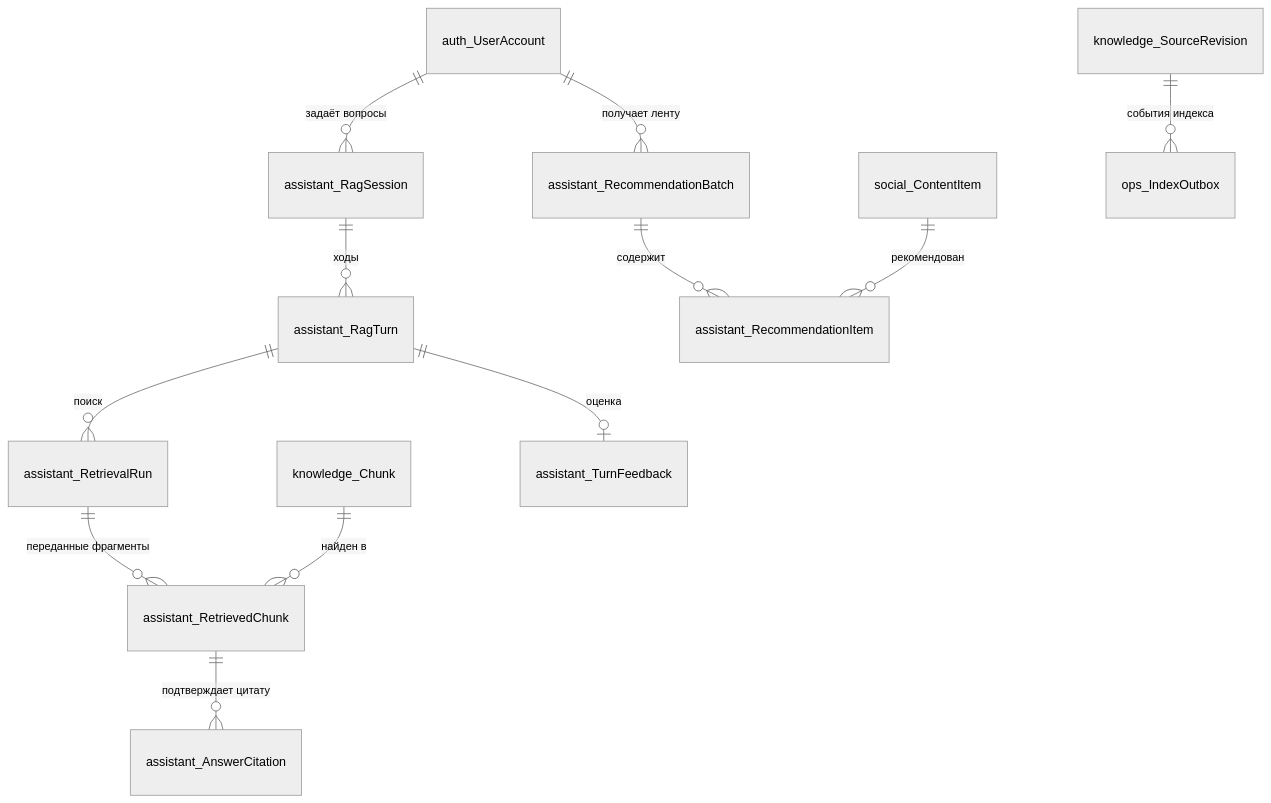
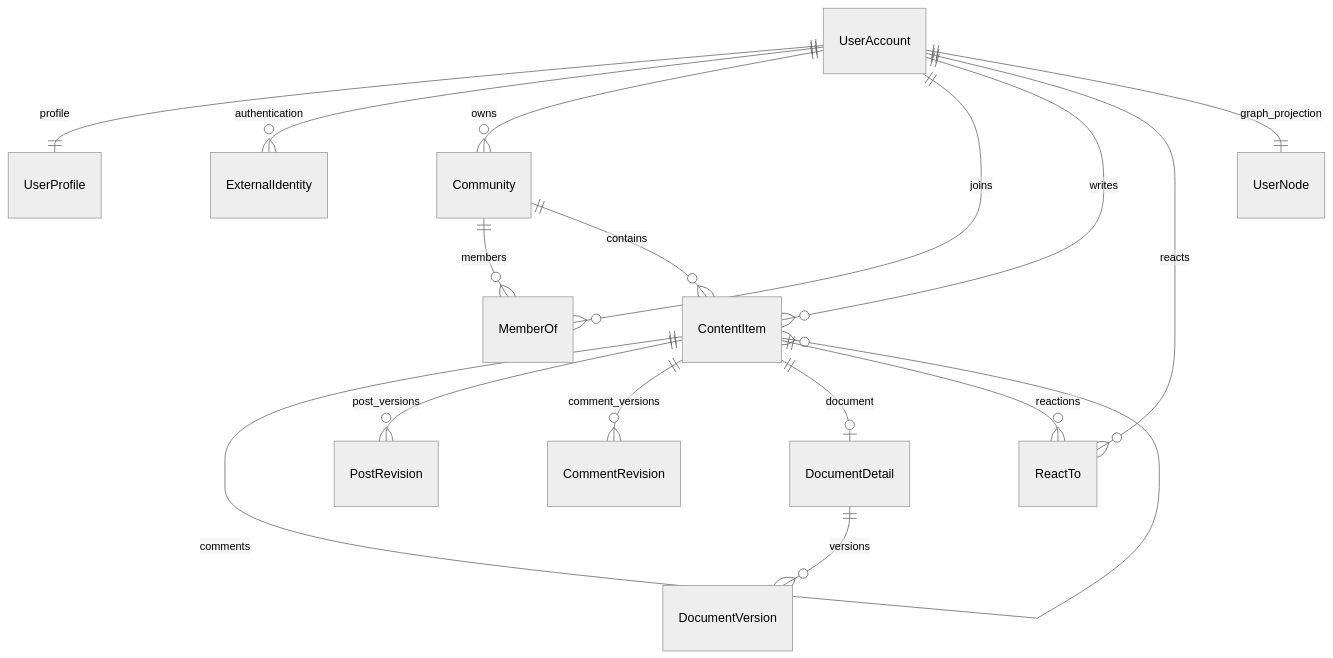
The diagram in 03SQL-CourseWork/docs/data-model.md (lkeey/BIVT-labs), drawn with Mermaid (neutral theme) before and after one commit. The commit also changed other lines of this file and 95 other files, not shown here.

Commit message:
refactor(coursework): prioritize relational schema and remove RAG

````diff
--- a/03SQL-CourseWork/docs/data-model.md
+++ b/03SQL-CourseWork/docs/data-model.md
@@ -107,14 +27,18 @@
 ```mermaid
 erDiagram
-    auth_UserAccount ||--o{ assistant_RagSession : "задаёт вопросы"
-    assistant_RagSession ||--o{ assistant_RagTurn : "ходы"
-    assistant_RagTurn ||--o{ assistant_RetrievalRun : "поиск"
-    assistant_RetrievalRun ||--o{ assistant_RetrievedChunk : "переданные фрагменты"
-    knowledge_Chunk ||--o{ assistant_RetrievedChunk : "найден в"
-    assistant_RetrievedChunk ||--o{ assistant_AnswerCitation : "подтверждает цитату"
-    assistant_RagTurn ||--o| assistant_TurnFeedback : "оценка"
-    auth_UserAccount ||--o{ assistant_RecommendationBatch : "получает ленту"
-    assistant_RecommendationBatch ||--o{ assistant_RecommendationItem : "содержит"
-    social_ContentItem ||--o{ assistant_RecommendationItem : "рекомендован"
-    knowledge_SourceRevision ||--o{ ops_IndexOutbox : "события индекса"
+    UserAccount ||--|| UserProfile : profile
+    UserAccount ||--o{ ExternalIdentity : authentication
+    UserAccount ||--o{ Community : owns
+    UserAccount ||--o{ MemberOf : joins
+    Community ||--o{ MemberOf : members
+    UserAccount ||--o{ ContentItem : writes
+    Community ||--o{ ContentItem : contains
+    ContentItem ||--o{ ContentItem : comments
+    ContentItem ||--o{ PostRevision : post_versions
+    ContentItem ||--o{ CommentRevision : comment_versions
+    ContentItem ||--o| DocumentDetail : document
+    DocumentDetail ||--o{ DocumentVersion : versions
+    UserAccount ||--o{ ReactTo : reacts
+    ContentItem ||--o{ ReactTo : reactions
+    UserAccount ||--|| UserNode : graph_projection
 ```
````
